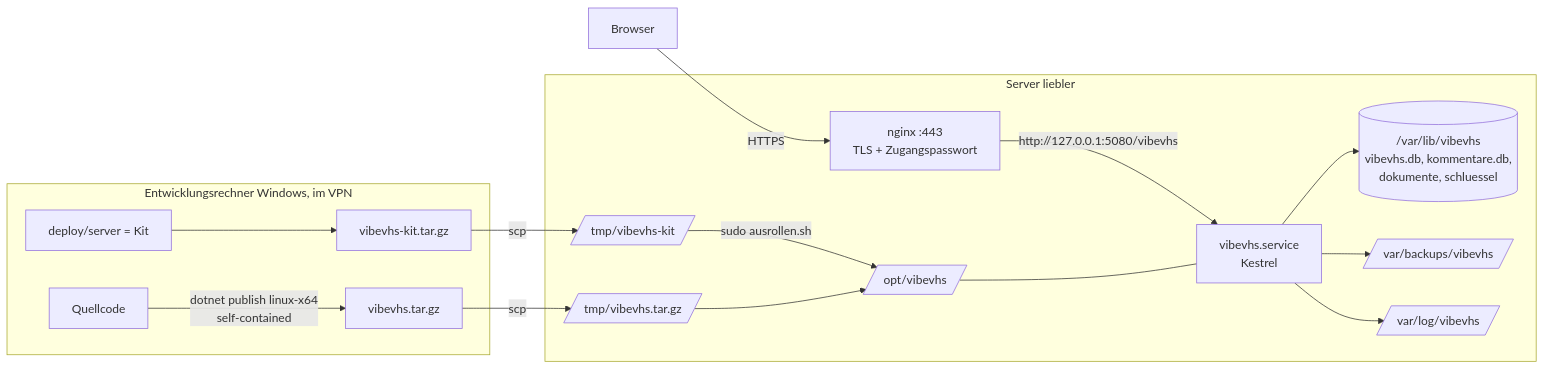
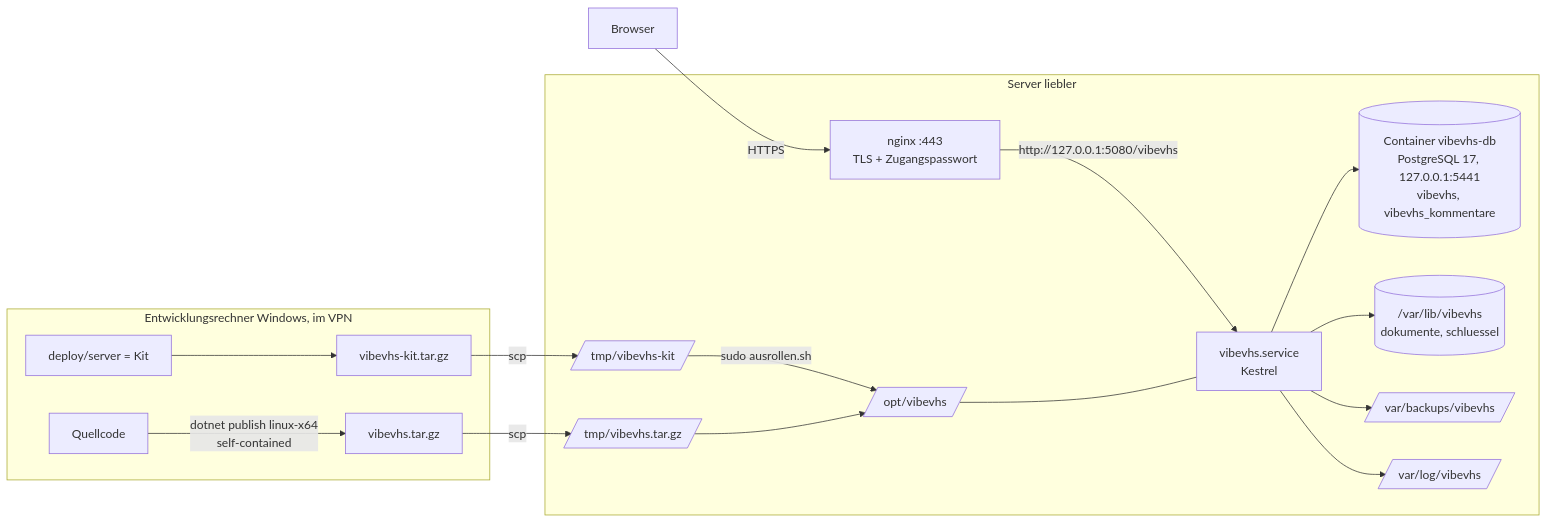
The diagram in docs/bereitstellung.md (klaus-liebler/vibevhs), drawn with Mermaid before and after one commit. The commit also changed other lines of this file and 56 other files, not shown here.

First line of the commit message:
Datenbank: Umstellung von SQLite auf PostgreSQL 17 (Docker)

````diff
--- a/docs/bereitstellung.md
+++ b/docs/bereitstellung.md
@@ -13,19 +13,20 @@
 ```mermaid
 flowchart LR
     subgraph Entwicklungsrechner [Entwicklungsrechner Windows, im VPN]
         Q[Quellcode] -->|dotnet publish linux-x64<br/>self-contained| A[vibevhs.tar.gz]
         K[deploy/server = Kit] --> KT[vibevhs-kit.tar.gz]
     end
     A -->|scp| T1[/tmp/vibevhs.tar.gz/]
     KT -->|scp| T2[/tmp/vibevhs-kit/]
     subgraph Server [Server liebler]
         T2 -->|sudo ausrollen.sh| O[/opt/vibevhs/]
         T1 --> O
         N[nginx :443<br/>TLS + Zugangspasswort] -->|http://127.0.0.1:5080/vibevhs| S[vibevhs.service<br/>Kestrel]
         O --- S
-        S --> D[(/var/lib/vibevhs<br/>vibevhs.db, kommentare.db,<br/>dokumente, schluessel)]
+        S --> P[(Container vibevhs-db<br/>PostgreSQL 17, 127.0.0.1:5441<br/>vibevhs, vibevhs_kommentare)]
+        S --> D[(/var/lib/vibevhs<br/>dokumente, schluessel)]
         S --> B[/var/backups/vibevhs/]
         S --> L[/var/log/vibevhs/]
     end
     Browser -->|HTTPS| N
 ```
````
